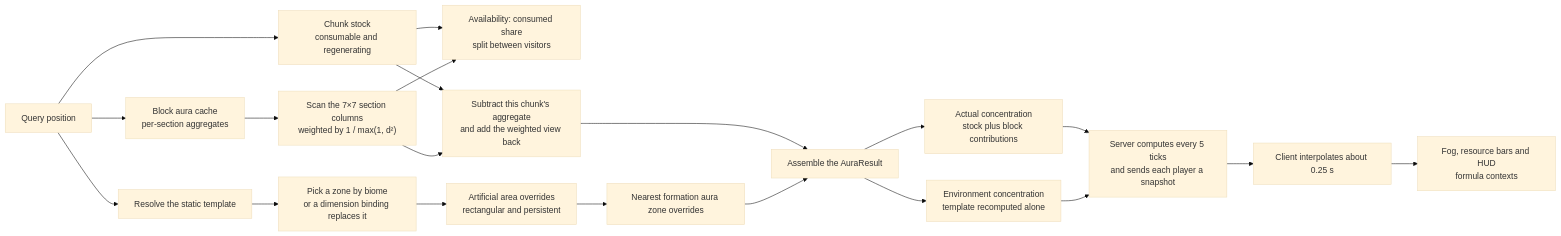
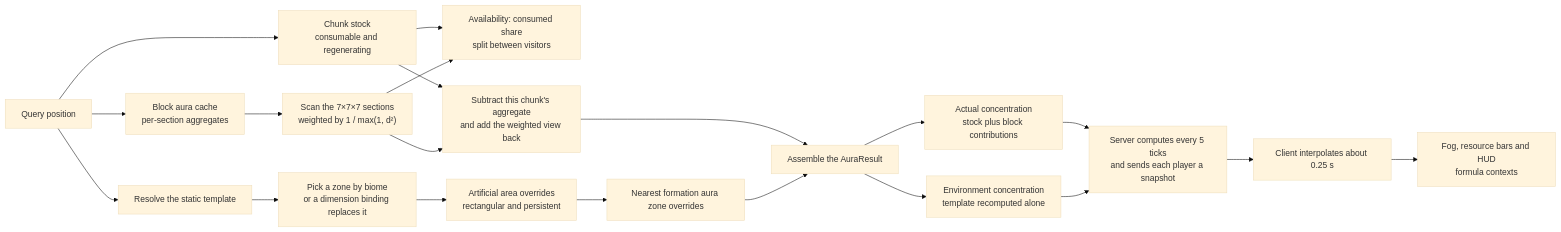
Before and after one commit to IAFEnvoy/mxt-docs: the second of 3 diagrams in docs/en/technical/aura.md, drawn with Mermaid (base theme). The commit also changed other lines of this file and 53 other files, not shown here.

````diff
--- a/docs/en/technical/aura.md
+++ b/docs/en/technical/aura.md
@@ -62,22 +62,22 @@
 ```mermaid
 flowchart LR
     POS["Query position"] --> STOCK["Chunk stock<br/>consumable and regenerating"]
     POS --> BLOCKCACHE["Block aura cache<br/>per-section aggregates"]
-    BLOCKCACHE --> SCAN["Scan the 7×7 section columns<br/>weighted by 1 / max(1, d²)"]
+    BLOCKCACHE --> SCAN["Scan the 7×7×7 sections<br/>weighted by 1 / max(1, d²)"]
     STOCK --> AVAIL["Availability: consumed share<br/>split between visitors"]
     SCAN --> AVAIL
     STOCK --> MERGE["Subtract this chunk's aggregate<br/>and add the weighted view back"]
     SCAN --> MERGE
     POS --> TEMPLATE["Resolve the static template"]
     TEMPLATE --> ZONE["Pick a zone by biome<br/>or a dimension binding replaces it"]
     ZONE --> AREA["Artificial area overrides<br/>rectangular and persistent"]
     AREA --> FORM["Nearest formation aura zone overrides"]
     MERGE --> RESULT["Assemble the AuraResult"]
     FORM --> RESULT
     RESULT --> ACTUAL["Actual concentration<br/>stock plus block contributions"]
     RESULT --> ENV["Environment concentration<br/>template recomputed alone"]
     ACTUAL --> SNAP["Server computes every 5 ticks<br/>and sends each player a snapshot"]
     ENV --> SNAP
     SNAP --> CLIENT["Client interpolates about 0.25 s"]
     CLIENT --> RENDER["Fog, resource bars and HUD<br/>formula contexts"]
 ```
````
